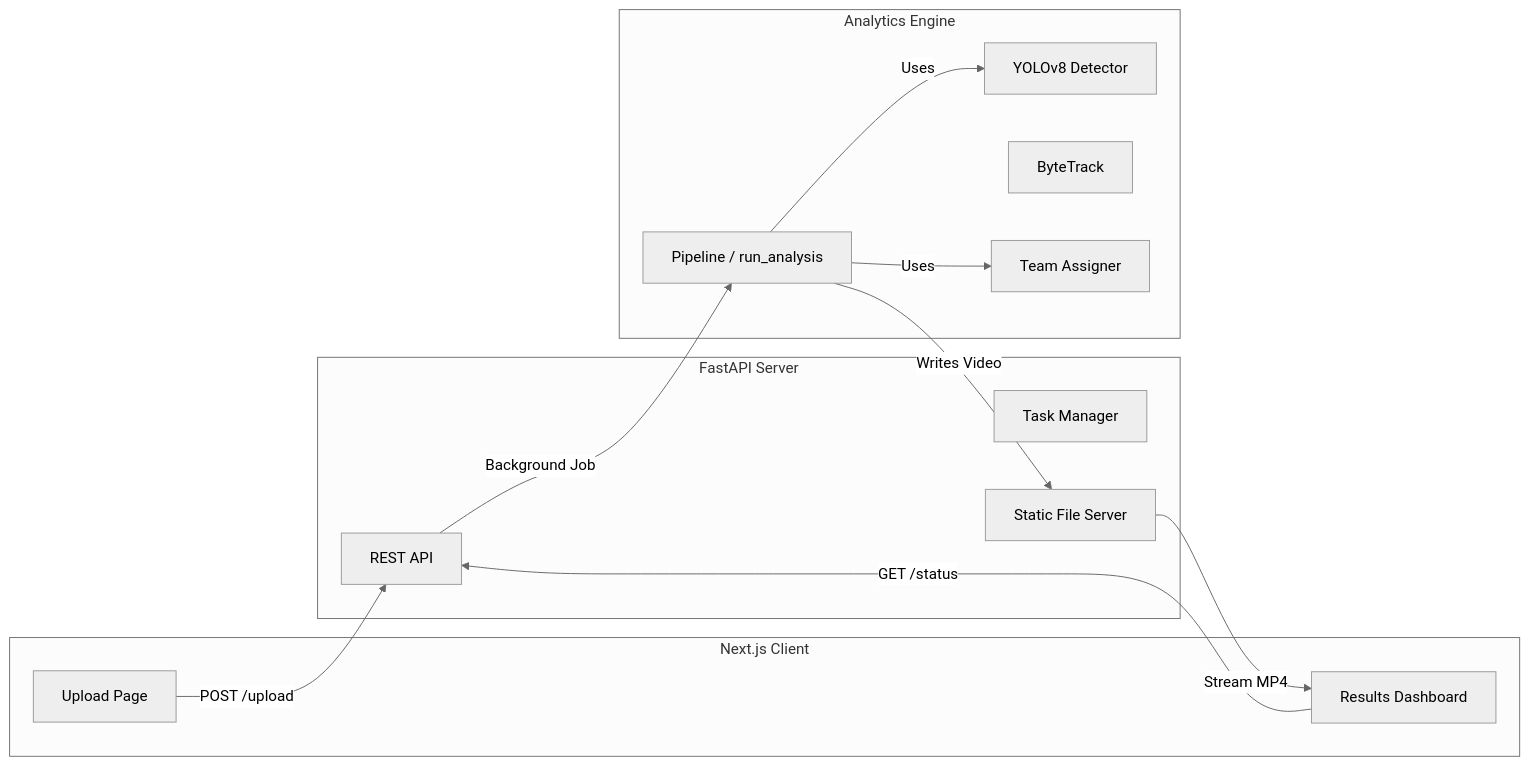
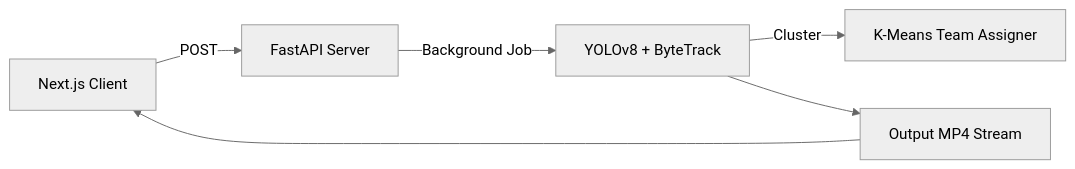
The diagram in README.md (MrRenntech/AI-football-analysis-dashboard), drawn with Mermaid (neutral theme) before and after one commit. The commit also changed other lines of this file, not shown here.

````diff
--- a/README.md
+++ b/README.md
@@ -77,28 +18,8 @@
 ```mermaid
 graph LR
-    subgraph Frontend [Next.js Client]
-        UI[Upload Page]
-        Dash[Results Dashboard]
-    end
-    
-    subgraph Backend [FastAPI Server]
-        API[REST API]
-        Task[Task Manager]
-        Static[Static File Server]
-    end
-    
-    subgraph Core [Analytics Engine]
-        Pipe[Pipeline / run_analysis]
-        YOLO[YOLOv8 Detector]
-        Byte[ByteTrack]
-        KMeans[Team Assigner]
-    end
-    
-    UI -->|POST /upload| API
-    Dash -->|GET /status| API
-    API -->|Background Job| Pipe
-    Pipe -->|Uses| YOLO
-    Pipe -->|Uses| KMeans
-    Pipe -->|Writes Video| Static
-    Static -->|Stream MP4| Dash
+    UI[Next.js Client] -->|POST| API[FastAPI Server]
+    API -->|Background Job| Core[YOLOv8 + ByteTrack]
+    Core -->|Cluster| Teams[K-Means Team Assigner]
+    Core --> Video[Output MP4 Stream]
+    Video --> UI
 ```
````
